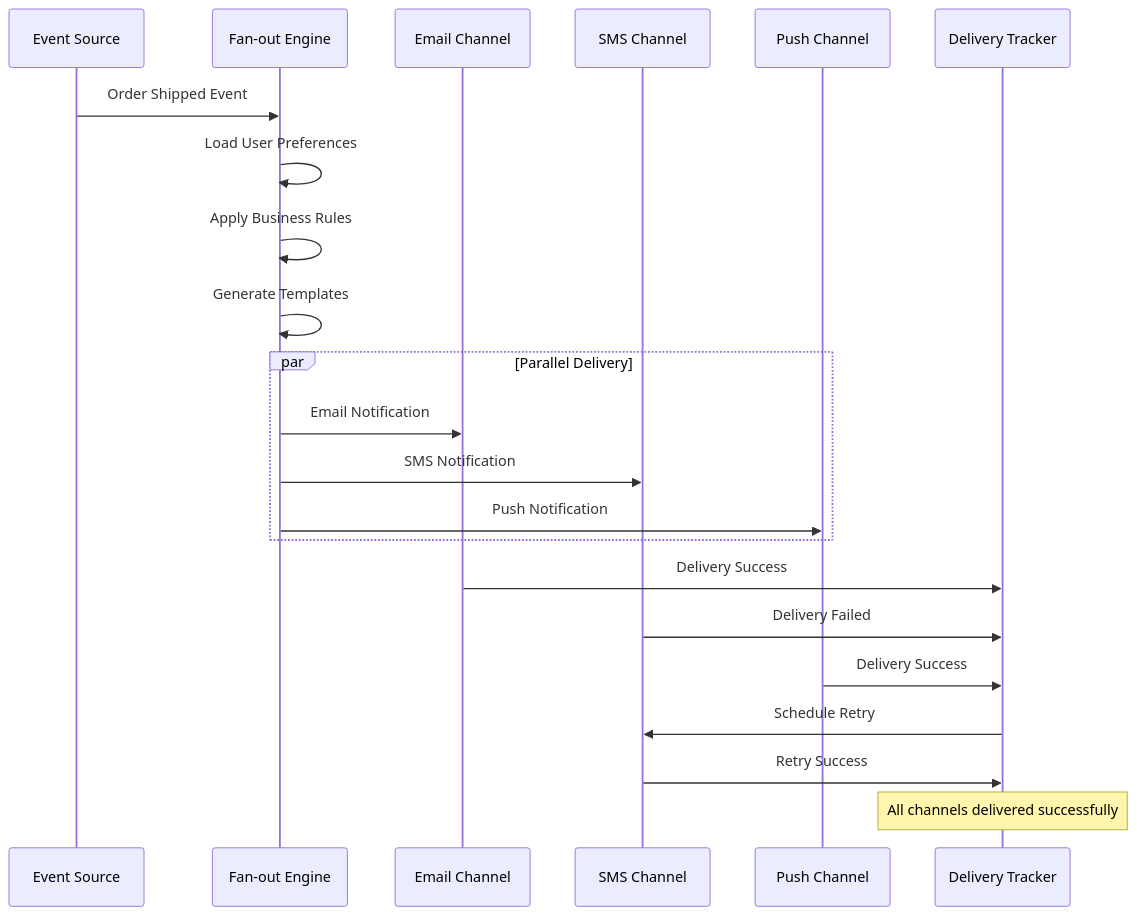
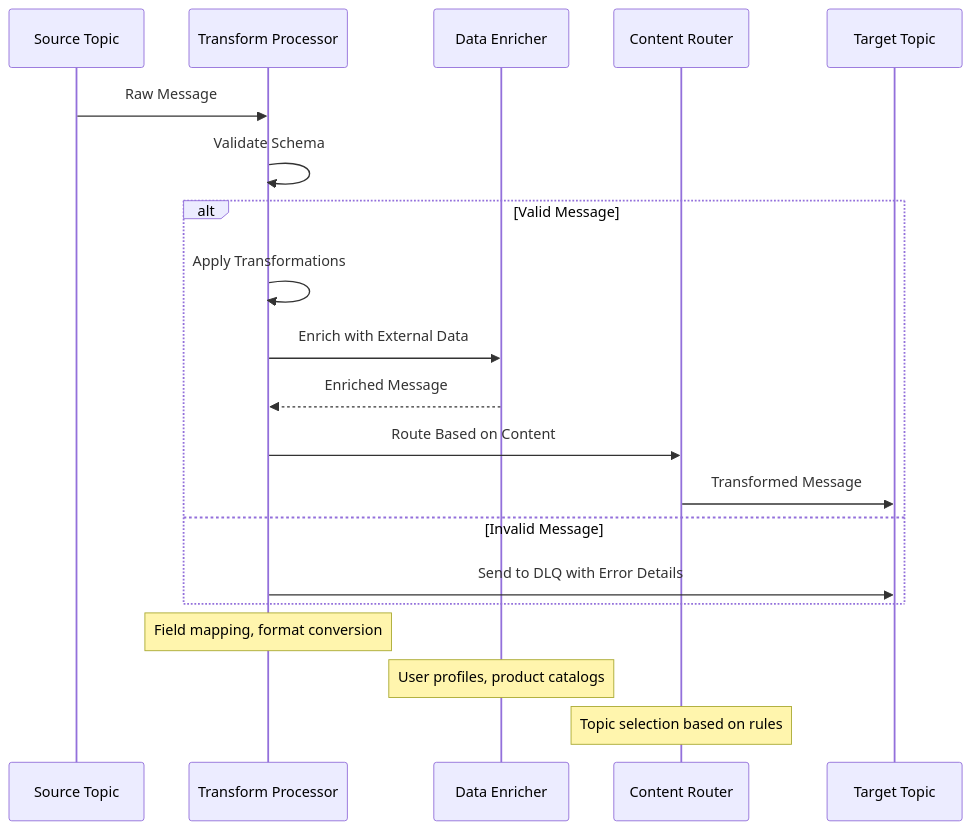
One commit to vorrawut/KafkaStarter changed the second of 5 diagrams in class/workshop/lesson_11/README.md. Above: the diagram before and after it, drawn with Mermaid. The commit also changed other lines of this file and 204 other files, not shown here.

````diff
--- a/class/workshop/lesson_11/README.md
+++ b/class/workshop/lesson_11/README.md
@@ -89,29 +80,25 @@
 ```mermaid
 sequenceDiagram
-    participant Source as Event Source
-    participant Fanout as Fan-out Engine
-    participant Email as Email Channel
-    participant SMS as SMS Channel
-    participant Push as Push Channel
-    participant Tracker as Delivery Tracker
+    participant Source as Source Topic
+    participant Processor as Transform Processor
+    participant Enricher as Data Enricher
+    participant Router as Content Router
+    participant Target as Target Topic
     
-    Source->>Fanout: Order Shipped Event
-    Fanout->>Fanout: Load User Preferences
-    Fanout->>Fanout: Apply Business Rules
-    Fanout->>Fanout: Generate Templates
+    Source->>Processor: Raw Message
+    Processor->>Processor: Validate Schema
     
-    par Parallel Delivery
-        Fanout->>Email: Email Notification
-        Fanout->>SMS: SMS Notification  
-        Fanout->>Push: Push Notification
+    alt Valid Message
+        Processor->>Processor: Apply Transformations
+        Processor->>Enricher: Enrich with External Data
+        Enricher-->>Processor: Enriched Message
+        Processor->>Router: Route Based on Content
+        Router->>Target: Transformed Message
+    else Invalid Message
+        Processor->>Target: Send to DLQ with Error Details
     end
     
-    Email->>Tracker: Delivery Success
-    SMS->>Tracker: Delivery Failed
-    Push->>Tracker: Delivery Success
-    
-    Tracker->>SMS: Schedule Retry
-    SMS->>Tracker: Retry Success
-    
-    Note over Tracker: All channels delivered successfully
+    Note over Processor: Field mapping, format conversion
+    Note over Enricher: User profiles, product catalogs
+    Note over Router: Topic selection based on rules
 ```
````
